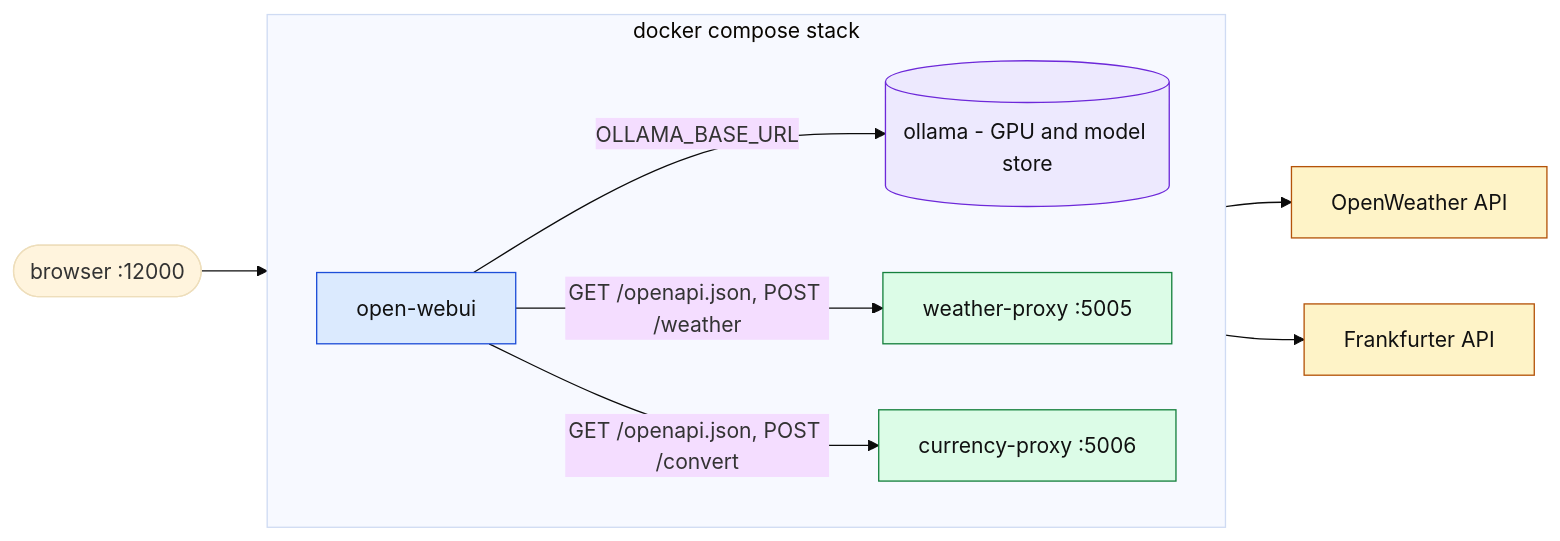
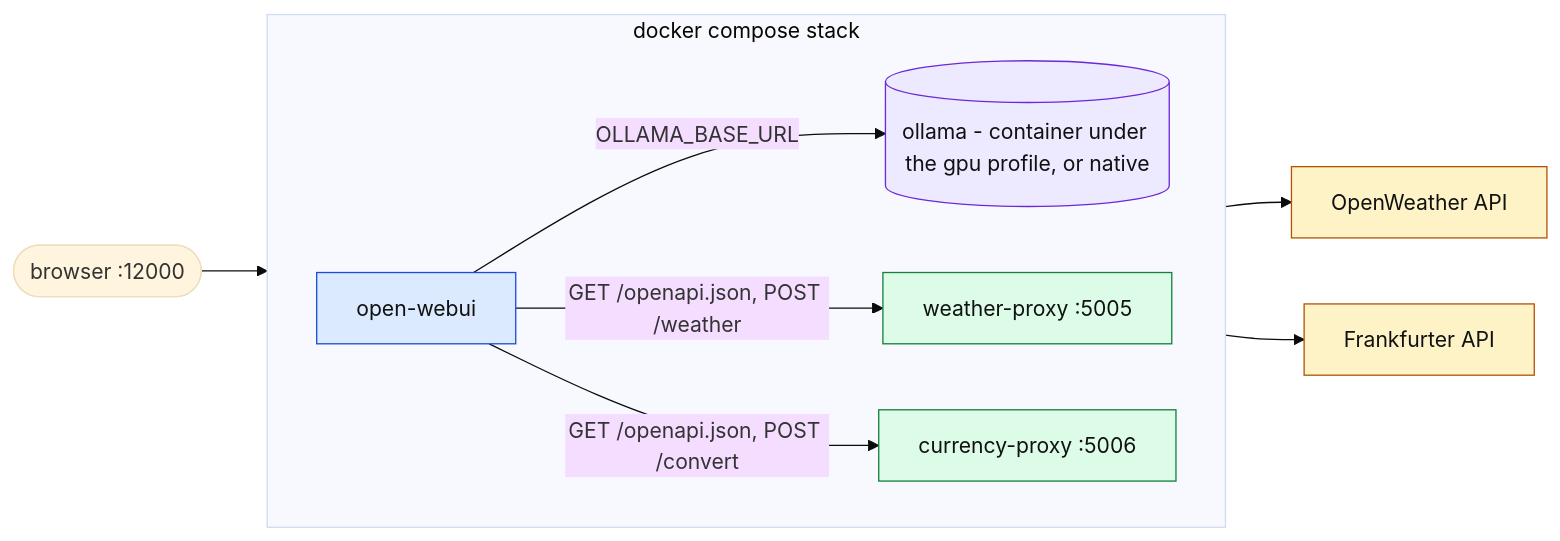
The diagram in README.md (chkhm/open-webui-service-weather), drawn with Mermaid (base theme) before and after one commit. The commit also changed other lines of this file and 11 other files, not shown here.

````diff
--- a/README.md
+++ b/README.md
@@ -21,29 +21,29 @@
 ```mermaid
 flowchart LR
     browser([browser :12000])
 
     subgraph stack [docker compose stack]
         direction LR
         owui[open-webui]
-        ollama[(ollama - GPU and model store)]
+        ollama[(ollama - container under the gpu profile, or native)]
         weather[weather-proxy :5005]
         currency[currency-proxy :5006]
     end
 
     owm[OpenWeather API]
     frank[Frankfurter API]
 
     browser --> owui
     owui -- OLLAMA_BASE_URL --> ollama
     owui -- "GET /openapi.json, POST /weather" --> weather --> owm
     owui -- "GET /openapi.json, POST /convert" --> currency --> frank
 
     classDef ui fill:#dbeafe,stroke:#1d4ed8,color:#111
     classDef model fill:#ede9fe,stroke:#6d28d9,color:#111
     classDef proxy fill:#dcfce7,stroke:#15803d,color:#111
     classDef upstream fill:#fef3c7,stroke:#b45309,color:#111
     class owui ui
     class ollama model
     class weather,currency proxy
     class owm,frank upstream
 ```
````
